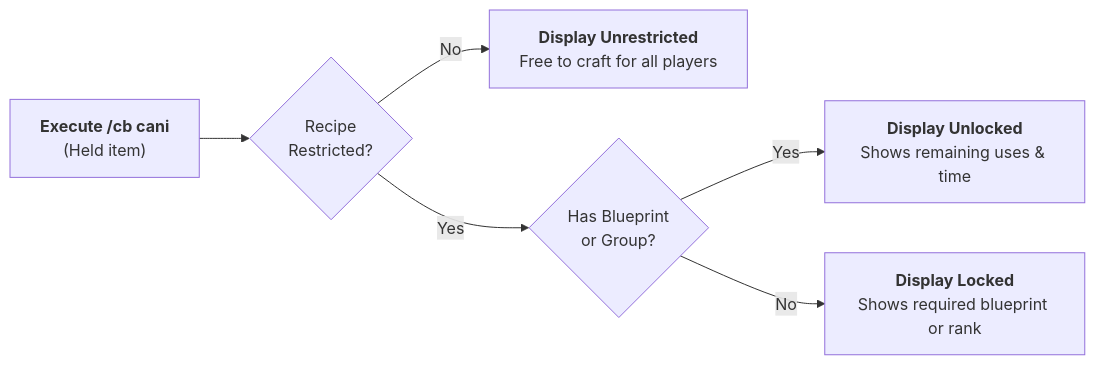
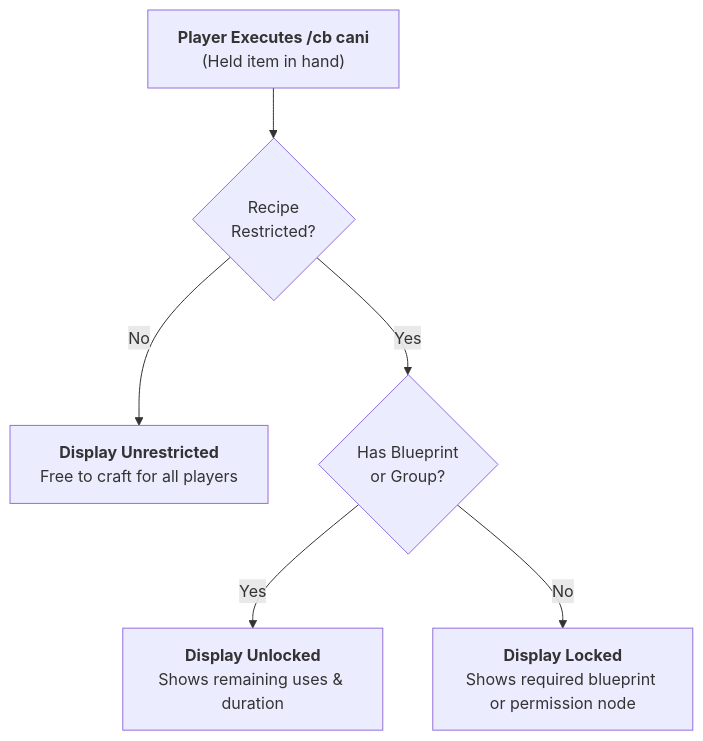
One commit to XZtotal/CraftingBlueprints-Wiki changed the diagram in docs/operations/player-commands.md. Above: the diagram before and after it, drawn with Mermaid. The commit also changed 31 other files, not shown here.

Commit message:
style(docs): optimize diagram proportions, center all diagrams, and fix table padding

````diff
--- a/docs/operations/player-commands.md
+++ b/docs/operations/player-commands.md
@@ -95,8 +95,9 @@
 ```mermaid
-flowchart LR
-    Exec["<b>Execute /cb cani</b><br/>(Held item)"] --> Check{"Recipe<br/>Restricted?"}
+flowchart TD
+    Exec["<b>Player Executes /cb cani</b><br/>(Held item in hand)"]
+    --> Check{"Recipe<br/>Restricted?"}
     Check -->|No| Free["<b>Display Unrestricted</b><br/>Free to craft for all players"]
     Check -->|Yes| BPCheck{"Has Blueprint<br/>or Group?"}
-    BPCheck -->|Yes| CanCraft["<b>Display Unlocked</b><br/>Shows remaining uses &amp; time"]
-    BPCheck -->|No| Locked["<b>Display Locked</b><br/>Shows required blueprint or rank"]
+    BPCheck -->|Yes| CanCraft["<b>Display Unlocked</b><br/>Shows remaining uses & duration"]
+    BPCheck -->|No| Locked["<b>Display Locked</b><br/>Shows required blueprint or permission node"]
 ```
````
